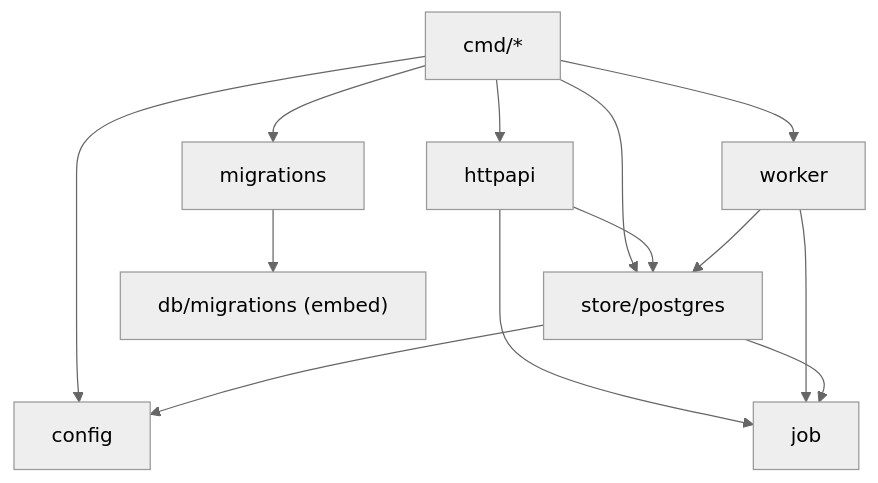
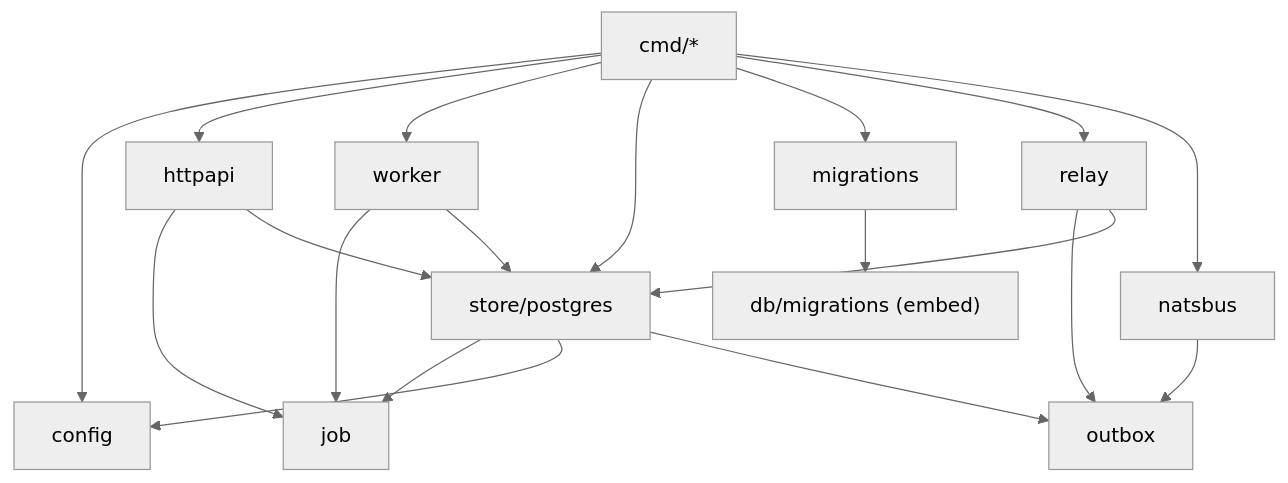
The second of 8 diagrams in docs/DESIGN.md (Nuryanfa/TaskForge), drawn with Mermaid (neutral theme) before and after one commit. The commit also changed other lines of this file and 42 other files, not shown here.

First line of the commit message:
feat(events): add transactional outbox, NATS JetStream relay, and worker wake-ups

````diff
--- a/docs/DESIGN.md
+++ b/docs/DESIGN.md
@@ -82,15 +96,21 @@
 ```mermaid
 flowchart TD
     cmd["cmd/*"] --> config
     cmd --> httpapi
     cmd --> worker
     cmd --> postgres["store/postgres"]
     cmd --> migrations
     httpapi --> job
     httpapi --> postgres
     worker --> job
     worker --> postgres
     postgres --> job
     postgres --> config
     migrations --> dbm["db/migrations (embed)"]
+    cmd --> relay
+    cmd --> natsbus
+    relay --> outbox
+    relay --> postgres
+    natsbus --> outbox
+    postgres --> outbox
 ```
````
